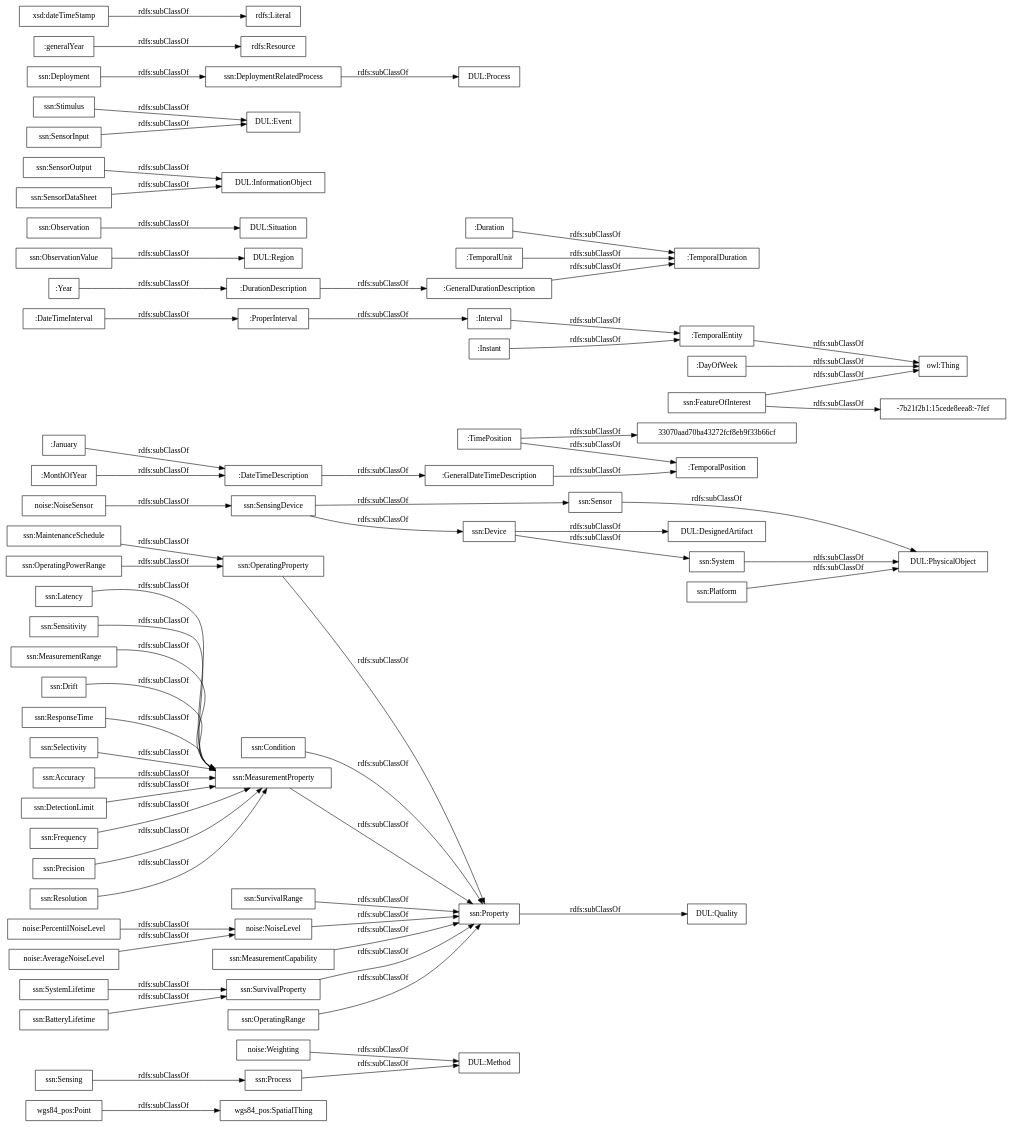
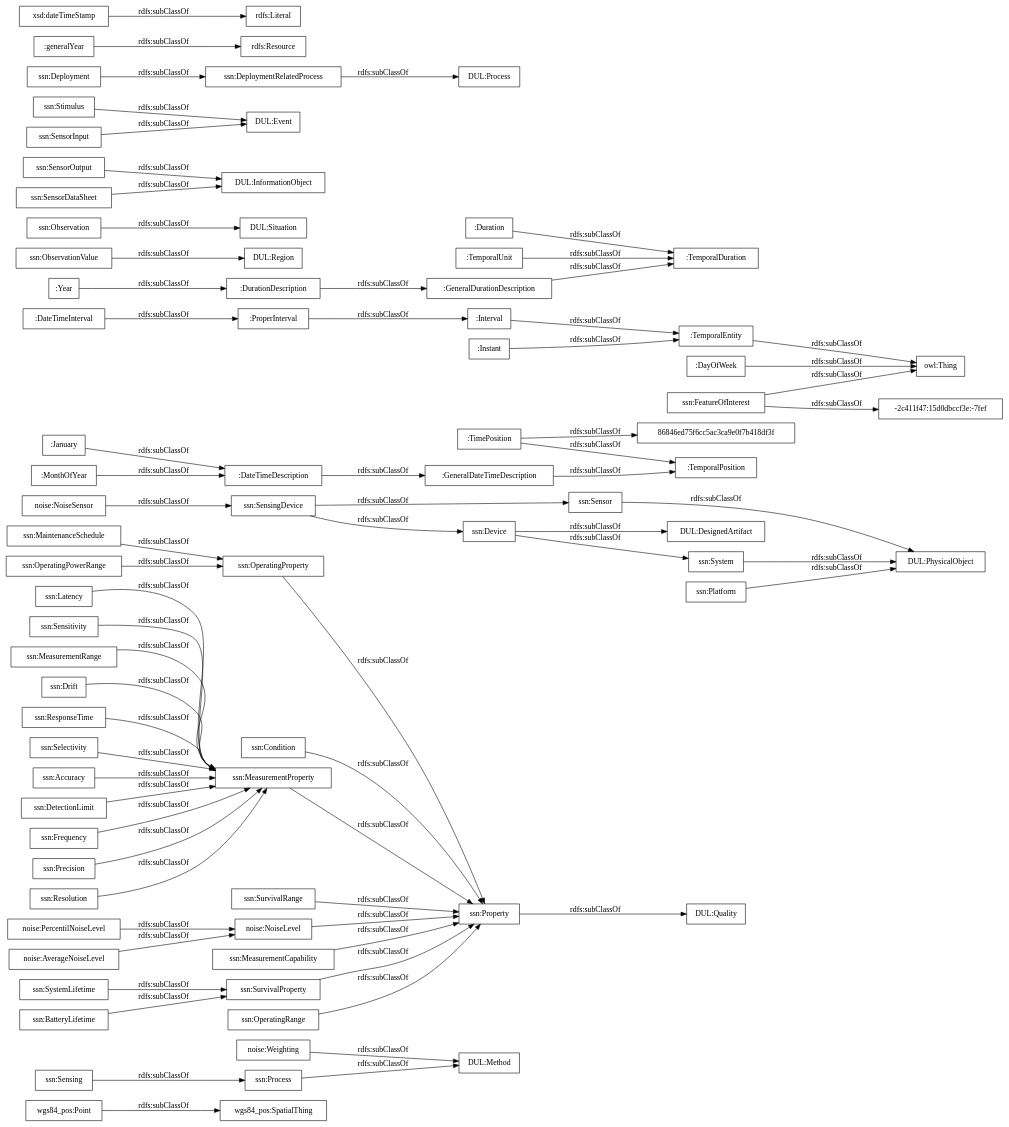
Before and after one commit to opencitydata/vocab-medio-ambiente-contaminacion-acustica: the diagram in OnToology/contaminacion-acustica.owl/diagrams/ar2dtool-taxonomy/contaminacion-acustica.owl.png.dot, drawn with Graphviz. The commit also changed 11 other files, not shown here.

```diff
--- a/OnToology/contaminacion-acustica.owl/diagrams/ar2dtool-taxonomy/contaminacion-acustica.owl.png.dot
+++ b/OnToology/contaminacion-acustica.owl/diagrams/ar2dtool-taxonomy/contaminacion-acustica.owl.png.dot
@@ -1,73 +1,73 @@
 digraph ar2dtool_diagram { 
 rankdir=LR;
 size="1000"
-node [shape = rectangle, color="black"]; "wgs84_pos:SpatialThing" "wgs84_pos:Point" "noise:Weighting" "noise:PercentilNoiseLevel" "noise:NoiseSensor" "noise:NoiseLevel" "noise:AverageNoiseLevel" ":GeneralDateTimeDescription" ":DateTimeInterval" ":DurationDescription" ":TemporalDuration" ":Duration" ":GeneralDurationDescription" ":January" ":ProperInterval" ":TimePosition" ":TemporalPosition" ":Interval" ":TemporalEntity" ":Year" ":MonthOfYear" "33070aad70ba43272fcf8eb9f33b66cf" ":DateTimeDescription" ":TemporalUnit" ":Instant" ":DayOfWeek" "ssn:Accuracy" "ssn:DetectionLimit" "ssn:Frequency" "ssn:Condition" "DUL:Region" "DUL:Situation" "DUL:PhysicalObject" "ssn:SensorOutput" "ssn:Precision" "ssn:Resolution" "ssn:FeatureOfInterest" "DUL:Quality" "-7b21f2b1:15cede8eea8:-7fef" "ssn:Sensor" "DUL:InformationObject" "ssn:OperatingProperty" "DUL:Event" "ssn:OperatingPowerRange" "DUL:Method" "ssn:MaintenanceSchedule" "ssn:Sensing" "ssn:Latency" "ssn:SurvivalRange" "ssn:SensingDevice" "DUL:DesignedArtifact" "ssn:Sensitivity" "ssn:Stimulus" "DUL:Process" "ssn:MeasurementRange" "ssn:System" "ssn:SystemLifetime" "ssn:Property" "ssn:MeasurementProperty" "ssn:Process" "ssn:Deployment" "ssn:MeasurementCapability" "ssn:BatteryLifetime" "ssn:Drift" "ssn:DeploymentRelatedProcess" "ssn:SensorInput" "ssn:ResponseTime" "ssn:ObservationValue" "ssn:SensorDataSheet" "ssn:Observation" "ssn:Selectivity" "ssn:SurvivalProperty" "ssn:Device" "ssn:OperatingRange" "ssn:Platform" ; /*classes style*/
+node [shape = rectangle, color="black"]; "wgs84_pos:SpatialThing" "wgs84_pos:Point" "noise:Weighting" "noise:PercentilNoiseLevel" "noise:NoiseSensor" "noise:NoiseLevel" "noise:AverageNoiseLevel" ":GeneralDateTimeDescription" ":DateTimeInterval" ":DurationDescription" ":TemporalDuration" ":Duration" ":GeneralDurationDescription" ":January" ":ProperInterval" ":TimePosition" ":TemporalPosition" ":Interval" ":TemporalEntity" "86846ed75f6cc5ac3ca9e0f7b418df3f" ":Year" ":MonthOfYear" ":DateTimeDescription" ":TemporalUnit" ":Instant" ":DayOfWeek" "ssn:Accuracy" "ssn:DetectionLimit" "ssn:Frequency" "ssn:Condition" "DUL:Region" "DUL:Situation" "DUL:PhysicalObject" "ssn:SensorOutput" "-2c411f47:15d0dbccf3e:-7fef" "ssn:Precision" "ssn:Resolution" "DUL:Quality" "ssn:FeatureOfInterest" "ssn:Sensor" "DUL:InformationObject" "ssn:OperatingProperty" "DUL:Event" "ssn:OperatingPowerRange" "DUL:Method" "ssn:MaintenanceSchedule" "ssn:Sensing" "ssn:Latency" "ssn:SurvivalRange" "ssn:SensingDevice" "DUL:DesignedArtifact" "ssn:Sensitivity" "ssn:Stimulus" "DUL:Process" "ssn:MeasurementRange" "ssn:System" "ssn:SystemLifetime" "ssn:Property" "ssn:MeasurementProperty" "ssn:Process" "ssn:Deployment" "ssn:MeasurementCapability" "ssn:BatteryLifetime" "ssn:Drift" "ssn:DeploymentRelatedProcess" "ssn:SensorInput" "ssn:ResponseTime" "ssn:ObservationValue" "ssn:SensorDataSheet" "ssn:Observation" "ssn:Selectivity" "ssn:SurvivalProperty" "ssn:Device" "ssn:OperatingRange" "ssn:Platform" ; /*classes style*/
 	":DateTimeDescription" -> ":GeneralDateTimeDescription" [ label = "rdfs:subClassOf" ];
 	"noise:AverageNoiseLevel" -> "noise:NoiseLevel" [ label = "rdfs:subClassOf" ];
 	"ssn:Deployment" -> "ssn:DeploymentRelatedProcess" [ label = "rdfs:subClassOf" ];
 	"ssn:SensingDevice" -> "ssn:Sensor" [ label = "rdfs:subClassOf" ];
 	"ssn:SensingDevice" -> "ssn:Device" [ label = "rdfs:subClassOf" ];
 	"ssn:DeploymentRelatedProcess" -> "DUL:Process" [ label = "rdfs:subClassOf" ];
 	"ssn:Accuracy" -> "ssn:MeasurementProperty" [ label = "rdfs:subClassOf" ];
 	":Instant" -> ":TemporalEntity" [ label = "rdfs:subClassOf" ];
 	"ssn:FeatureOfInterest" -> "owl:Thing" [ label = "rdfs:subClassOf" ];
-	"ssn:FeatureOfInterest" -> "-7b21f2b1:15cede8eea8:-7fef" [ label = "rdfs:subClassOf" ];
+	"ssn:FeatureOfInterest" -> "-2c411f47:15d0dbccf3e:-7fef" [ label = "rdfs:subClassOf" ];
 	"ssn:Latency" -> "ssn:MeasurementProperty" [ label = "rdfs:subClassOf" ];
 	"ssn:Process" -> "DUL:Method" [ label = "rdfs:subClassOf" ];
 	"noise:Weighting" -> "DUL:Method" [ label = "rdfs:subClassOf" ];
 	":ProperInterval" -> ":Interval" [ label = "rdfs:subClassOf" ];
 	"ssn:Property" -> "DUL:Quality" [ label = "rdfs:subClassOf" ];
 	"ssn:MeasurementProperty" -> "ssn:Property" [ label = "rdfs:subClassOf" ];
 	"wgs84_pos:Point" -> "wgs84_pos:SpatialThing" [ label = "rdfs:subClassOf" ];
 	":MonthOfYear" -> ":DateTimeDescription" [ label = "rdfs:subClassOf" ];
 	"ssn:ResponseTime" -> "ssn:MeasurementProperty" [ label = "rdfs:subClassOf" ];
 	"ssn:OperatingRange" -> "ssn:Property" [ label = "rdfs:subClassOf" ];
 	"noise:NoiseLevel" -> "ssn:Property" [ label = "rdfs:subClassOf" ];
 	"ssn:MeasurementRange" -> "ssn:MeasurementProperty" [ label = "rdfs:subClassOf" ];
 	"ssn:Stimulus" -> "DUL:Event" [ label = "rdfs:subClassOf" ];
 	":Duration" -> ":TemporalDuration" [ label = "rdfs:subClassOf" ];
 	"ssn:SurvivalProperty" -> "ssn:Property" [ label = "rdfs:subClassOf" ];
 	"ssn:MaintenanceSchedule" -> "ssn:OperatingProperty" [ label = "rdfs:subClassOf" ];
 	"ssn:SensorInput" -> "DUL:Event" [ label = "rdfs:subClassOf" ];
-	":TimePosition" -> "33070aad70ba43272fcf8eb9f33b66cf" [ label = "rdfs:subClassOf" ];
+	":TimePosition" -> "86846ed75f6cc5ac3ca9e0f7b418df3f" [ label = "rdfs:subClassOf" ];
 	":TimePosition" -> ":TemporalPosition" [ label = "rdfs:subClassOf" ];
 	":TemporalEntity" -> "owl:Thing" [ label = "rdfs:subClassOf" ];
 	"ssn:Sensitivity" -> "ssn:MeasurementProperty" [ label = "rdfs:subClassOf" ];
 	"ssn:Drift" -> "ssn:MeasurementProperty" [ label = "rdfs:subClassOf" ];
 	"ssn:System" -> "DUL:PhysicalObject" [ label = "rdfs:subClassOf" ];
 	":GeneralDurationDescription" -> ":TemporalDuration" [ label = "rdfs:subClassOf" ];
 	"ssn:Resolution" -> "ssn:MeasurementProperty" [ label = "rdfs:subClassOf" ];
 	"ssn:Precision" -> "ssn:MeasurementProperty" [ label = "rdfs:subClassOf" ];
 	"noise:PercentilNoiseLevel" -> "noise:NoiseLevel" [ label = "rdfs:subClassOf" ];
 	"ssn:DetectionLimit" -> "ssn:MeasurementProperty" [ label = "rdfs:subClassOf" ];
 	":DateTimeInterval" -> ":ProperInterval" [ label = "rdfs:subClassOf" ];
 	"ssn:Sensor" -> "DUL:PhysicalObject" [ label = "rdfs:subClassOf" ];
 	"ssn:SensorDataSheet" -> "DUL:InformationObject" [ label = "rdfs:subClassOf" ];
 	"ssn:OperatingPowerRange" -> "ssn:OperatingProperty" [ label = "rdfs:subClassOf" ];
 	"noise:NoiseSensor" -> "ssn:SensingDevice" [ label = "rdfs:subClassOf" ];
 	":Interval" -> ":TemporalEntity" [ label = "rdfs:subClassOf" ];
 	":GeneralDateTimeDescription" -> ":TemporalPosition" [ label = "rdfs:subClassOf" ];
 	":January" -> ":DateTimeDescription" [ label = "rdfs:subClassOf" ];
 	"ssn:ObservationValue" -> "DUL:Region" [ label = "rdfs:subClassOf" ];
 	":DayOfWeek" -> "owl:Thing" [ label = "rdfs:subClassOf" ];
 	"ssn:Device" -> "DUL:DesignedArtifact" [ label = "rdfs:subClassOf" ];
 	"ssn:Device" -> "ssn:System" [ label = "rdfs:subClassOf" ];
 	"ssn:Platform" -> "DUL:PhysicalObject" [ label = "rdfs:subClassOf" ];
 	":Year" -> ":DurationDescription" [ label = "rdfs:subClassOf" ];
 	":DurationDescription" -> ":GeneralDurationDescription" [ label = "rdfs:subClassOf" ];
 	"ssn:OperatingProperty" -> "ssn:Property" [ label = "rdfs:subClassOf" ];
 	":generalYear" -> "rdfs:Resource" [ label = "rdfs:subClassOf" ];
 	"ssn:Selectivity" -> "ssn:MeasurementProperty" [ label = "rdfs:subClassOf" ];
 	"ssn:BatteryLifetime" -> "ssn:SurvivalProperty" [ label = "rdfs:subClassOf" ];
 	":TemporalUnit" -> ":TemporalDuration" [ label = "rdfs:subClassOf" ];
 	"ssn:Observation" -> "DUL:Situation" [ label = "rdfs:subClassOf" ];
 	"ssn:Sensing" -> "ssn:Process" [ label = "rdfs:subClassOf" ];
 	"ssn:SystemLifetime" -> "ssn:SurvivalProperty" [ label = "rdfs:subClassOf" ];
 	"ssn:SurvivalRange" -> "ssn:Property" [ label = "rdfs:subClassOf" ];
 	"ssn:Frequency" -> "ssn:MeasurementProperty" [ label = "rdfs:subClassOf" ];
 	"ssn:SensorOutput" -> "DUL:InformationObject" [ label = "rdfs:subClassOf" ];
 	"ssn:Condition" -> "ssn:Property" [ label = "rdfs:subClassOf" ];
 	"xsd:dateTimeStamp" -> "rdfs:Literal" [ label = "rdfs:subClassOf" ];
 	"ssn:MeasurementCapability" -> "ssn:Property" [ label = "rdfs:subClassOf" ];
 
 }
```
